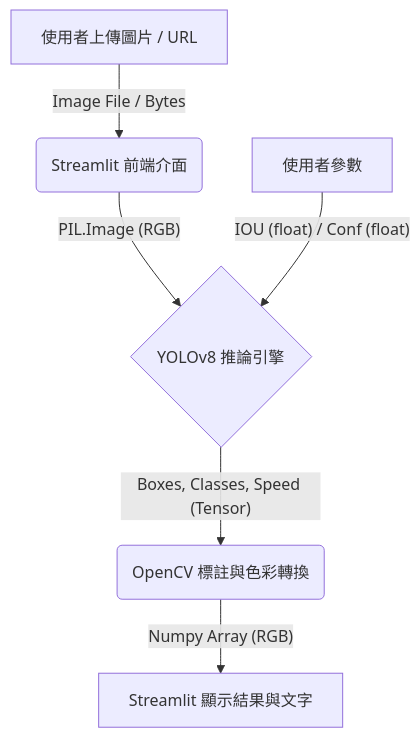
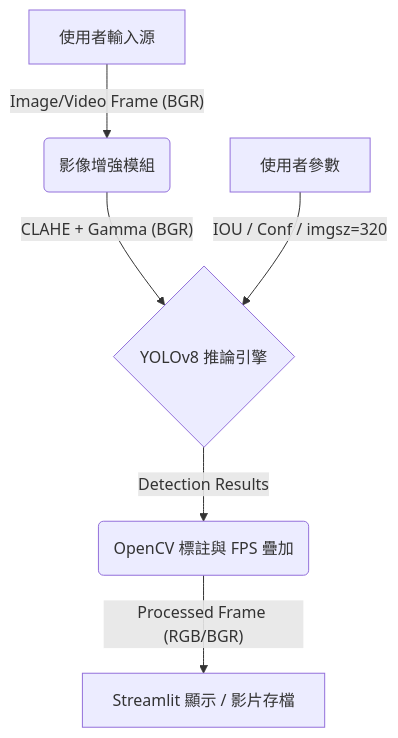
One commit to hank921109/114-2-Fire_Smoke_Detection changed the second of 3 diagrams in README.md. Above: the diagram before and after it, drawn with Mermaid. The commit also changed other lines of this file and 31 other files, not shown here.

````diff
--- a/README.md
+++ b/README.md
@@ -75,8 +86,8 @@
 ```mermaid
 graph TD
-    A[使用者上傳圖片 / URL] -- "Image File / Bytes" --> B(Streamlit 前端介面)
-    B -- "PIL.Image (RGB)" --> C{YOLOv8 推論引擎}
-    P[使用者參數] -- "IOU (float) / Conf (float)" --> C
-    C -- "Boxes, Classes, Speed (Tensor)" --> D(OpenCV 標註與色彩轉換)
-    D -- "Numpy Array (RGB)" --> E[Streamlit 顯示結果與文字]
+    A[使用者輸入源] -- "Image/Video Frame (BGR)" --> B(影像增強模組)
+    B -- "CLAHE + Gamma (BGR)" --> C{YOLOv8 推論引擎}
+    P[使用者參數] -- "IOU / Conf / imgsz=320" --> C
+    C -- "Detection Results" --> D(OpenCV 標註與 FPS 疊加)
+    D -- "Processed Frame (RGB/BGR)" --> E[Streamlit 顯示 / 影片存檔]
 ```
````
